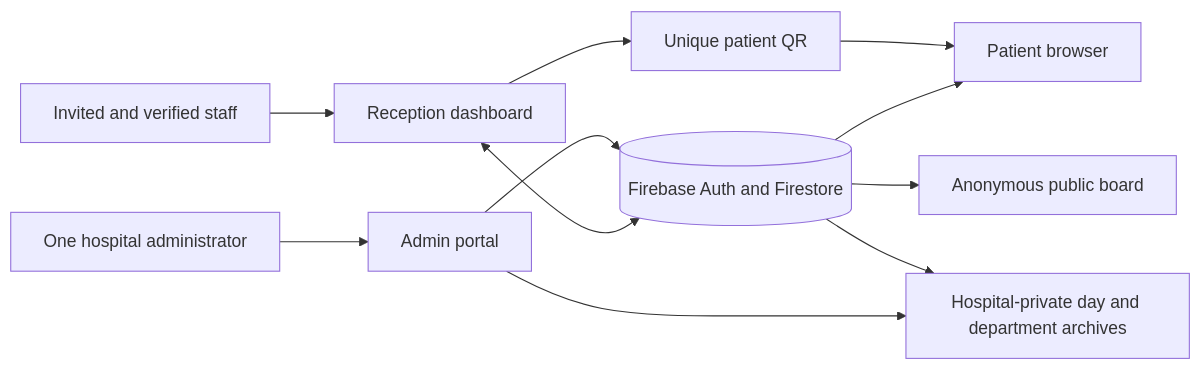
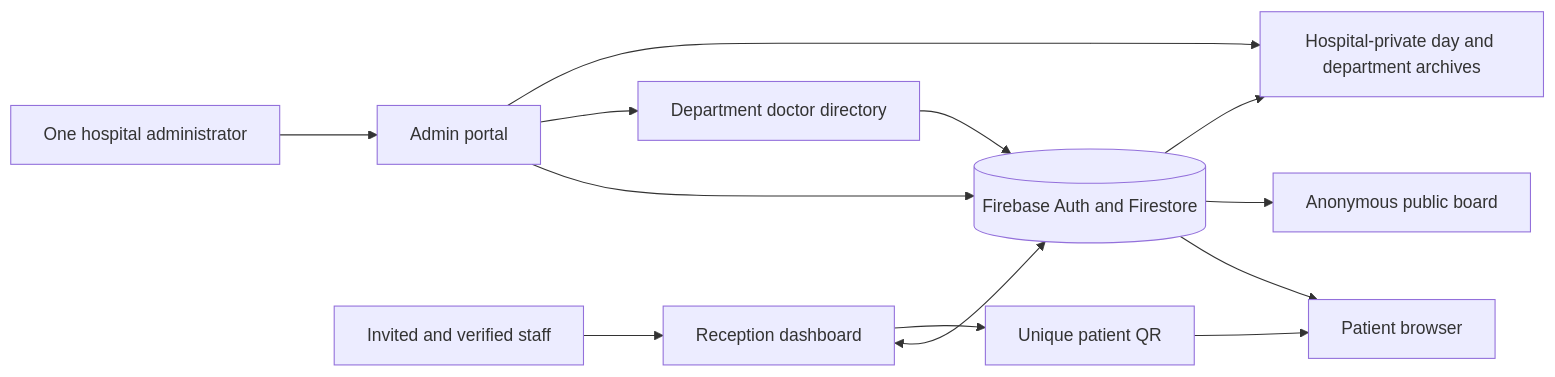
The diagram in README.md (NittinChughani/TurnAhead), drawn with Mermaid before and after one commit. The commit also changed other lines of this file and 19 other files, not shown here.

Commit message:
feat: TurnAhead v2.4 — doctor directory, named visit QR, 12h board and private record details

````diff
--- a/README.md
+++ b/README.md
@@ -147,13 +155,15 @@
 ```mermaid
 flowchart LR
   A[One hospital administrator] --> AP[Admin portal]
   S[Invited and verified staff] --> D[Reception dashboard]
   AP --> F[(Firebase Auth and Firestore)]
+  AP --> DOC[Department doctor directory]
+  DOC --> F
   D <--> F
   D --> QR[Unique patient QR]
   QR --> P[Patient browser]
   F --> P
   F --> B[Anonymous public board]
   F --> H[Hospital-private day and department archives]
   AP --> H
 ```
````
